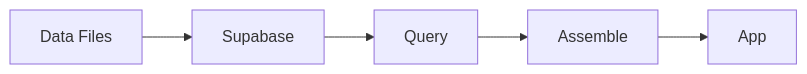
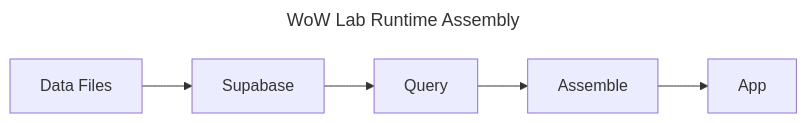
The second of 5 diagrams in apps/portal-new/src/content/docs/reference/01-data-model.md (legacy3/wowlab), drawn with Mermaid before and after one commit. The commit also changed other lines of this file and 19 other files, not shown here.

````diff
--- a/apps/portal-new/src/content/docs/reference/01-data-model.md
+++ b/apps/portal-new/src/content/docs/reference/01-data-model.md
@@ -22,4 +25,7 @@
 ```mermaid
+---
+title: WoW Lab Runtime Assembly
+---
 flowchart LR
     B1[Data Files] --> B2[Supabase] --> B3[Query] --> B4[Assemble] --> B5[App]
 ```
````
